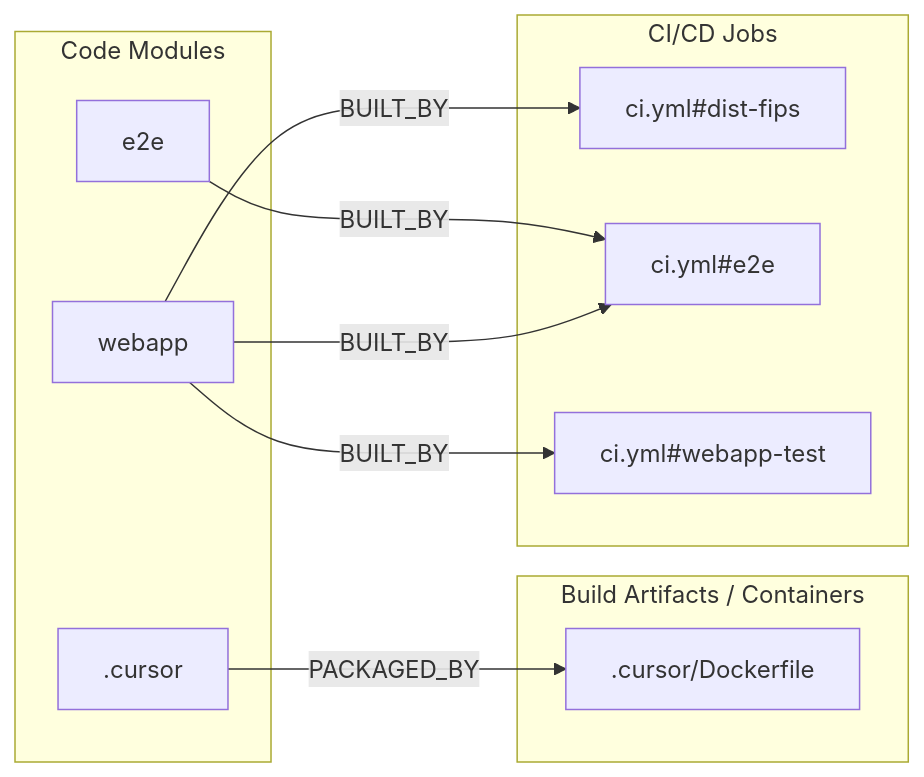
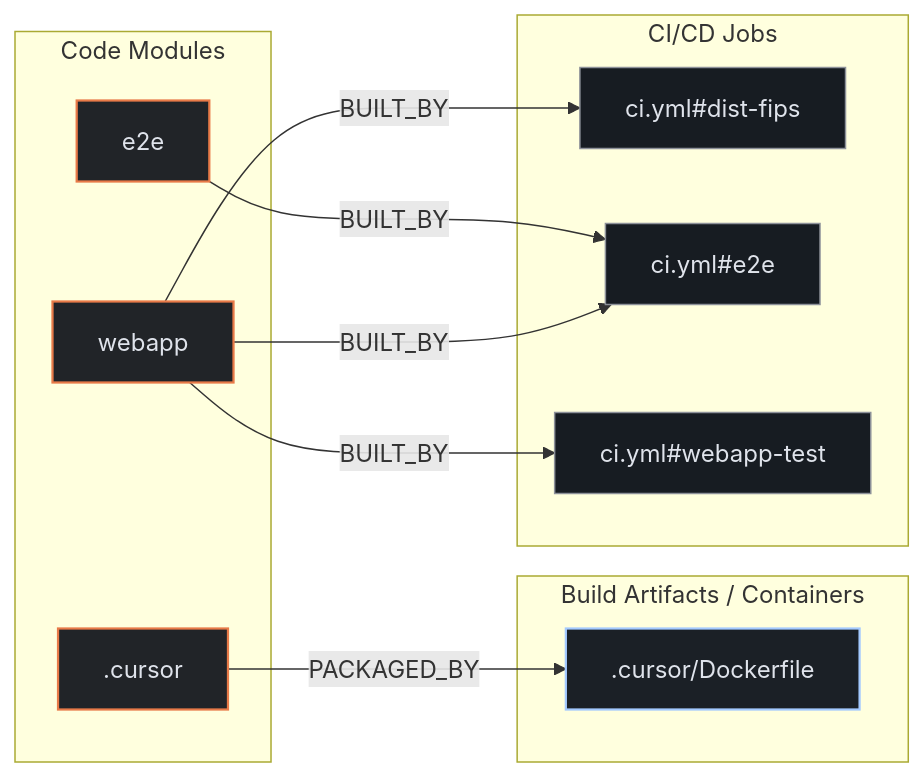
One commit to kumarshaz/atruss-code-atlas changed the second of 3 diagrams in exports/latest/reports/mattermost-mattermost-plugin-boards-report.md. Above: the diagram before and after it, drawn with Mermaid. The commit also changed other lines of this file and 331 other files, not shown here.

Commit message:
docs,ui,fix: update SDLC docs, reorder CI/CD DAG first, stylize Mermaid, and fix Arc42 pipeline topology

````diff
--- a/exports/latest/reports/mattermost-mattermost-plugin-boards-report.md
+++ b/exports/latest/reports/mattermost-mattermost-plugin-boards-report.md
@@ -195,21 +202,25 @@
 ```mermaid
 flowchart LR
+    classDef atlasCategory fill:#212428,stroke:#E87A48,stroke-width:1.5px,color:#dfe3eb
+    classDef atlasWorkflow fill:#1b2026,stroke:#a3c9ff,stroke-width:1.5px,color:#dfe3eb
+    classDef atlasJob fill:#171c22,stroke:#8d9199,stroke-width:1px,color:#dfe3eb
+    classDef atlasTarget fill:#005227,stroke:#8bd99b,stroke-width:1.5px,color:#a7f6b6
     subgraph code_modules["Code Modules"]
-        mod__cursor[".cursor"]
-        mod_e2e["e2e"]
-        mod_webapp["webapp"]
+        mod__cursor[".cursor"]:::atlasCategory
+        mod_e2e["e2e"]:::atlasCategory
+        mod_webapp["webapp"]:::atlasCategory
     end
     subgraph build_artifacts["Build Artifacts / Containers"]
-        art__cursor_Dockerfile[".cursor/Dockerfile"]
+        art__cursor_Dockerfile[".cursor/Dockerfile"]:::atlasWorkflow
     end
     subgraph ci_jobs["CI/CD Jobs"]
-        job_ci_yml_dist_fips["ci.yml#dist-fips"]
-        job_ci_yml_e2e["ci.yml#e2e"]
-        job_ci_yml_webapp_test["ci.yml#webapp-test"]
+        job_ci_yml_dist_fips["ci.yml#dist-fips"]:::atlasJob
+        job_ci_yml_e2e["ci.yml#e2e"]:::atlasJob
+        job_ci_yml_webapp_test["ci.yml#webapp-test"]:::atlasJob
     end
     mod__cursor -->|PACKAGED_BY| art__cursor_Dockerfile
     mod_e2e -->|BUILT_BY| job_ci_yml_e2e
     mod_webapp -->|BUILT_BY| job_ci_yml_dist_fips
     mod_webapp -->|BUILT_BY| job_ci_yml_e2e
     mod_webapp -->|BUILT_BY| job_ci_yml_webapp_test
 ```
````
